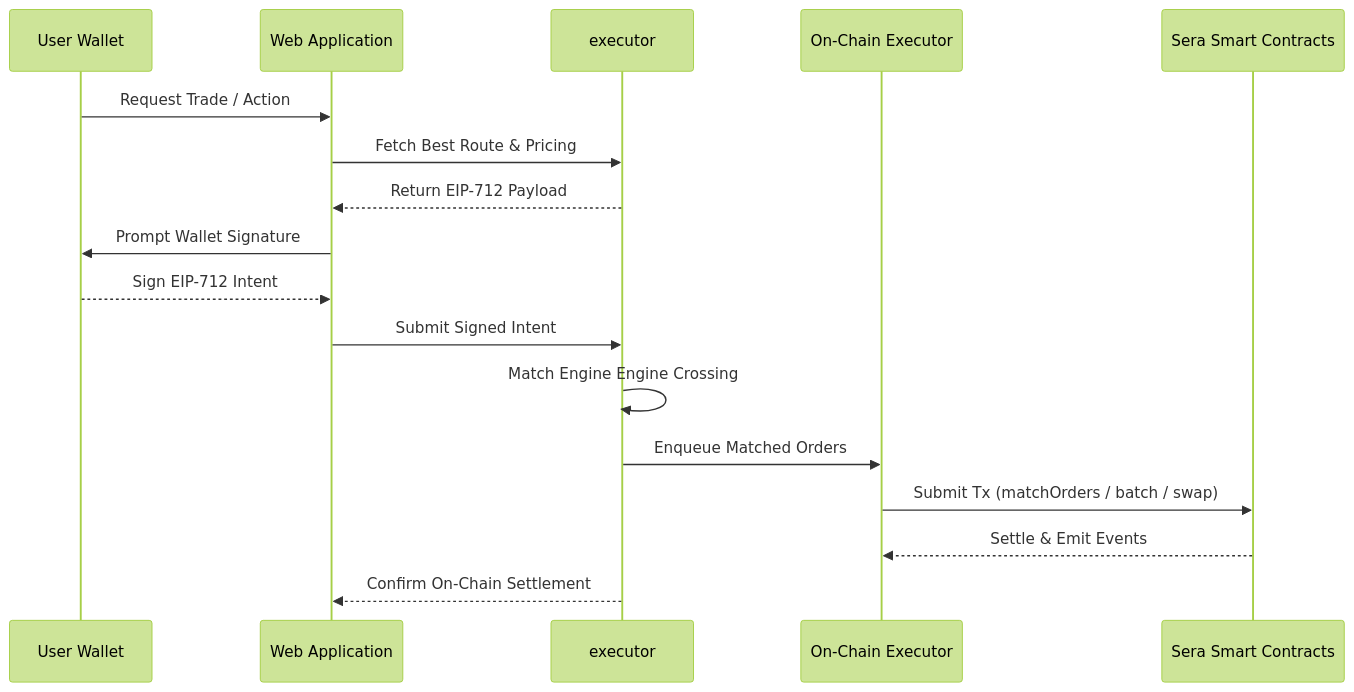
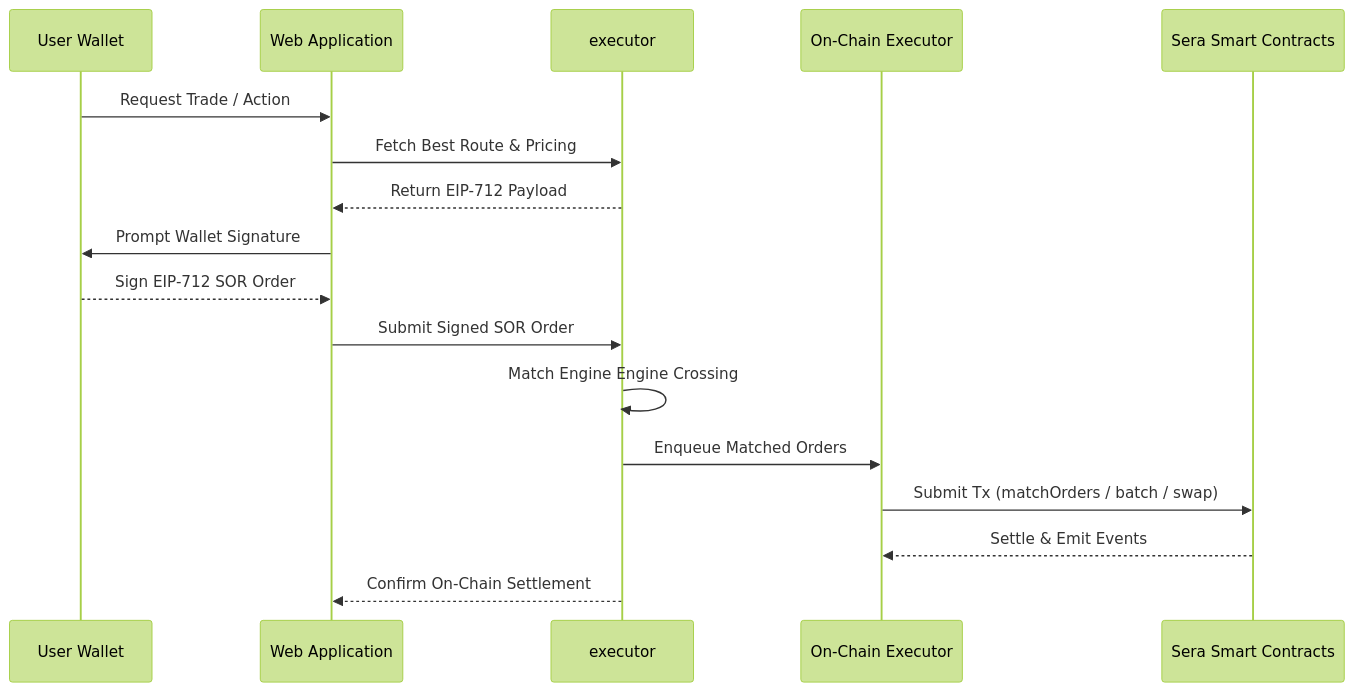
One commit to mashharuki/orderbook-contract-v2 changed the first of 2 diagrams in readme/architecture.md. Above: the diagram before and after it, drawn with Mermaid (forest theme). The commit also changed other lines of this file and 8 other files, not shown here.

Commit message:
refactor: rename intent references to SOR and remove docs irrelevant to audit

````diff
--- a/readme/architecture.md
+++ b/readme/architecture.md
@@ -7,20 +7,20 @@
 ```mermaid
 sequenceDiagram
     participant User as User Wallet
     participant Frontend as Web Application
     participant API as executor
     participant Relayer as On-Chain Executor
     participant Sera as Sera Smart Contracts
 
     User->>Frontend: Request Trade / Action
     Frontend->>API: Fetch Best Route & Pricing
     API-->>Frontend: Return EIP-712 Payload
     Frontend->>User: Prompt Wallet Signature
-    User-->>Frontend: Sign EIP-712 Intent
-    Frontend->>API: Submit Signed Intent
+    User-->>Frontend: Sign EIP-712 SOR Order
+    Frontend->>API: Submit Signed SOR Order
     API->>API: Match Engine Engine Crossing
     API->>Relayer: Enqueue Matched Orders
     Relayer->>Sera: Submit Tx (matchOrders / batch / swap)
     Sera-->>Relayer: Settle & Emit Events
     API-->>Frontend: Confirm On-Chain Settlement
 ```
````
